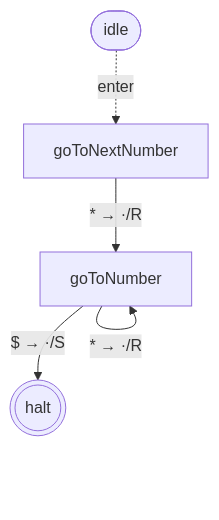
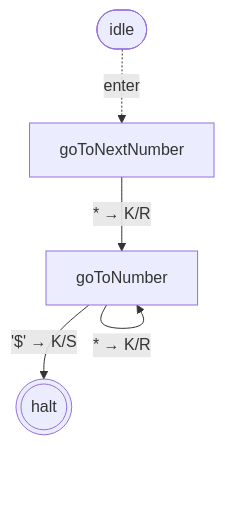
The second of 10 diagrams in packages/library-binary-numbers/states.md (mellonis/turing-machine-js), drawn with Mermaid before and after one commit. The commit also changed other lines of this file and 7 other files, not shown here.

````diff
--- a/packages/library-binary-numbers/states.md
+++ b/packages/library-binary-numbers/states.md
@@ -22,12 +22,12 @@
 ```mermaid
 flowchart TD
 %% alphabets: [[" ","^","$","0","1"]]
   s0(((halt)))
   s1["goToNumber"]
   s2["goToNextNumber"]
   idle([idle])
   idle -. enter .-> s2
-  s1 -- "$ → ·/S" --> s0
-  s1 -- "* → ·/R" --> s1
-  s2 -- "* → ·/R" --> s1
+  s1 -- "'$' → K/S" --> s0
+  s1 -- "* → K/R" --> s1
+  s2 -- "* → K/R" --> s1
 ```
````
